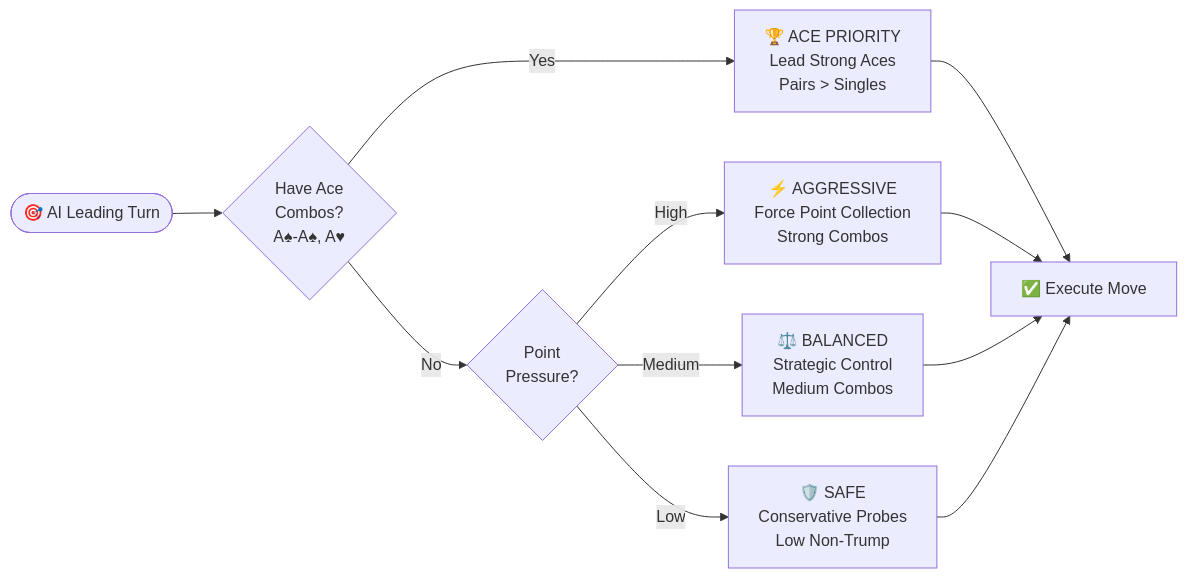
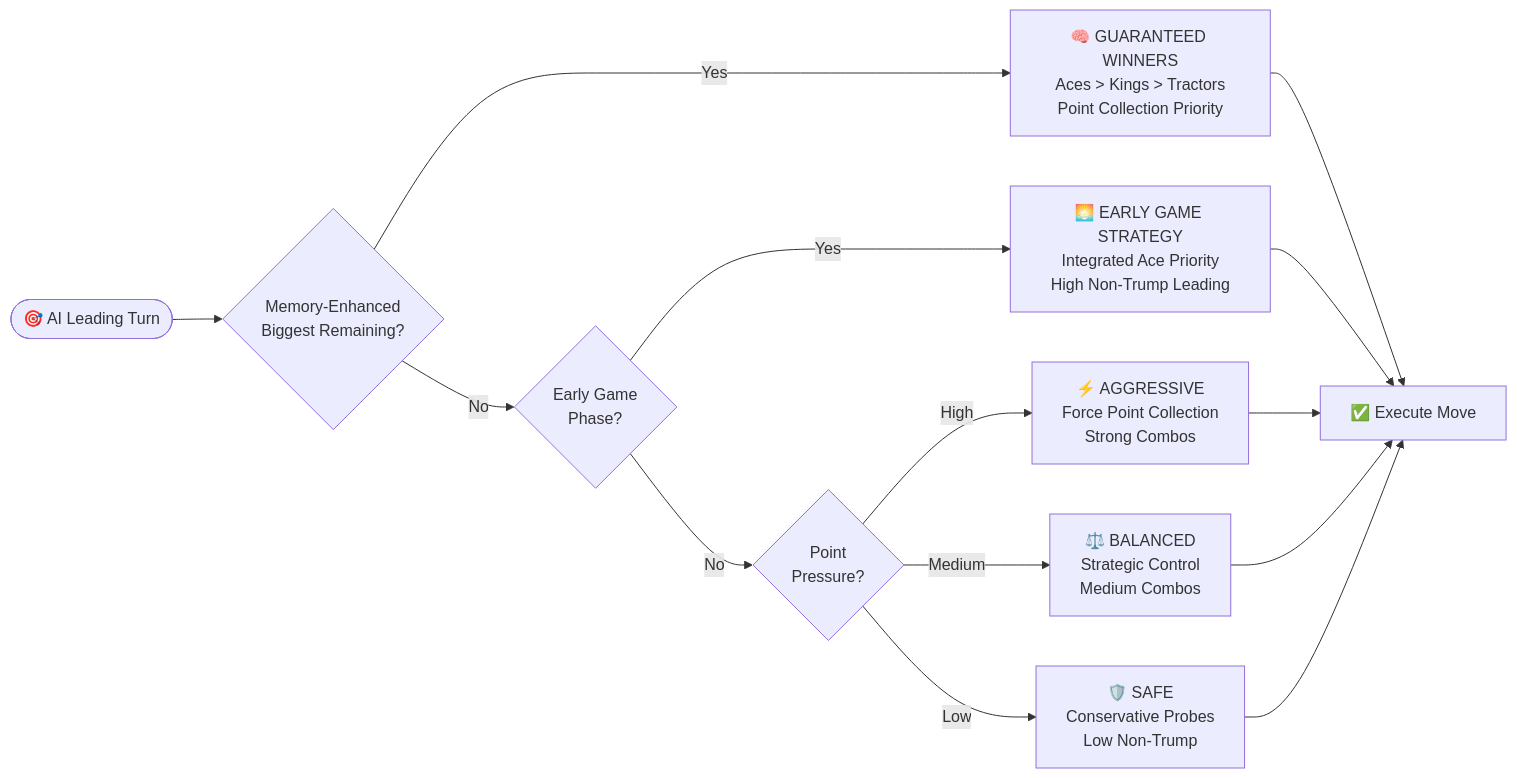
Before and after one commit to ejfn/Tractor: the second of 7 diagrams in docs/AI_DECISION_TREE.md, drawn with Mermaid. The commit also changed other lines of this file and 15 other files, not shown here.

First line of the commit message:
refactor: integrate Ace priority logic into early game leading strategy (#100)

````diff
--- a/docs/AI_DECISION_TREE.md
+++ b/docs/AI_DECISION_TREE.md
@@ -25,15 +25,18 @@
 ```mermaid
 flowchart LR
-    Start([🎯 AI Leading Turn]) --> Ace{Have Ace<br/>Combos?<br/>A♠-A♠, A♥}
-    Ace -->|Yes| AcePlay[🏆 ACE PRIORITY<br/>Lead Strong Aces<br/>Pairs > Singles]
-    Ace -->|No| Pressure{Point<br/>Pressure?}
+    Start([🎯 AI Leading Turn]) --> Memory{Memory-Enhanced<br/>Biggest Remaining?}
+    Memory -->|Yes| Guaranteed[🧠 GUARANTEED WINNERS<br/>Aces > Kings > Tractors<br/>Point Collection Priority]
+    Memory -->|No| Early{Early Game<br/>Phase?}
+    Early -->|Yes| EarlyGame[🌅 EARLY GAME STRATEGY<br/>Integrated Ace Priority<br/>High Non-Trump Leading]
+    Early -->|No| Pressure{Point<br/>Pressure?}
     Pressure -->|High| Aggressive[⚡ AGGRESSIVE<br/>Force Point Collection<br/>Strong Combos]
     Pressure -->|Medium| Balanced[⚖️ BALANCED<br/>Strategic Control<br/>Medium Combos]
     Pressure -->|Low| Safe[🛡️ SAFE<br/>Conservative Probes<br/>Low Non-Trump]
     
-    AcePlay --> Execute[✅ Execute Move]
+    Guaranteed --> Execute[✅ Execute Move]
+    EarlyGame --> Execute
     Aggressive --> Execute
     Balanced --> Execute
     Safe --> Execute
     
 ```
````
